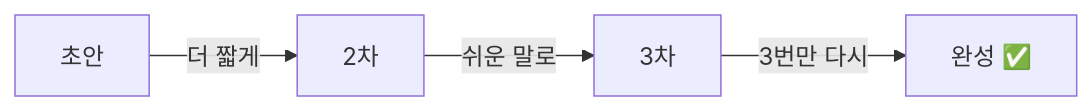
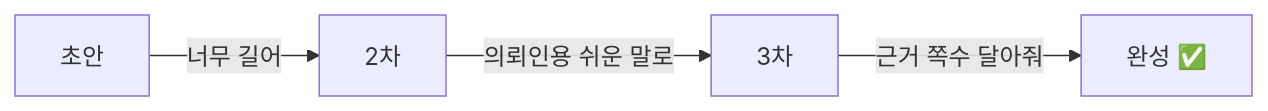
The diagram in 기초/05-이어서-다듬기.md (gyuber/claude-basics), drawn with Mermaid before and after one commit. The commit also changed other lines of this file and 32 other files, not shown here.

````diff
--- a/기초/05-이어서-다듬기.md
+++ b/기초/05-이어서-다듬기.md
@@ -5,4 +5,4 @@
 ```mermaid
 flowchart LR
-  a["초안"] -- "더 짧게" --> b["2차"] -- "쉬운 말로" --> c["3차"] -- "3번만 다시" --> d["완성 ✅"]
+  a["초안"] -- "너무 길어" --> b["2차"] -- "의뢰인용 쉬운 말로" --> c["3차"] -- "근거 쪽수 달아줘" --> d["완성 ✅"]
 ```
````
